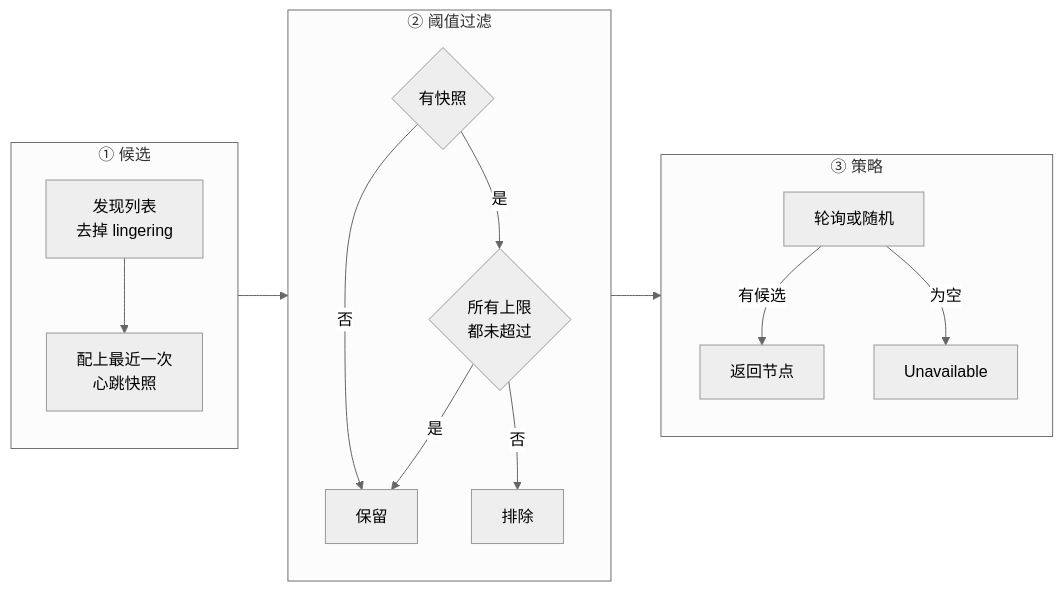
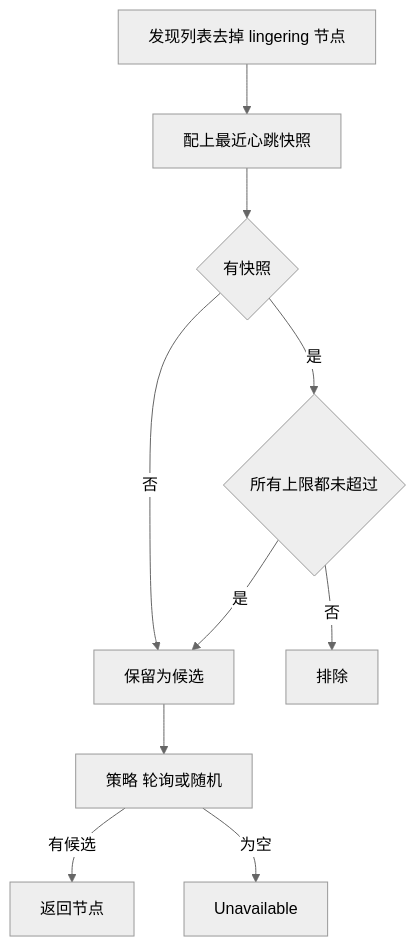
One commit to AustinJiangg/ai-books changed the first of 2 diagrams in agentenv/56-scheduler.md. Above: the diagram before and after it, drawn with Mermaid (neutral theme). The commit also changed other lines of this file and 8 other files, not shown here.

````diff
--- a/agentenv/56-scheduler.md
+++ b/agentenv/56-scheduler.md
@@ -46,21 +46,12 @@
 ```mermaid
-flowchart LR
-    subgraph P1["① 候选"]
-        direction TB
-        A["发现列表<br/>去掉 lingering"] --> B["配上最近一次<br/>心跳快照"]
-    end
-    subgraph P2["② 阈值过滤"]
-        direction TB
-        C{"有快照"} -->|"是"| D{"所有上限<br/>都未超过"}
-        C -->|"否"| K["保留"]
-        D -->|"是"| K
-        D -->|"否"| X["排除"]
-    end
-    subgraph P3["③ 策略"]
-        direction TB
-        S["轮询或随机"] -->|"有候选"| N["返回节点"]
-        S -->|"为空"| U["Unavailable"]
-    end
-    B --> C
-    K --> S
+flowchart TB
+    A["发现列表去掉 lingering 节点"] --> B["配上最近心跳快照"]
+    B --> C{"有快照"}
+    C -->|"否"| K["保留为候选"]
+    C -->|"是"| D{"所有上限都未超过"}
+    D -->|"是"| K
+    D -->|"否"| X["排除"]
+    K --> S["策略 轮询或随机"]
+    S -->|"有候选"| N["返回节点"]
+    S -->|"为空"| U["Unavailable"]
 ```
````
